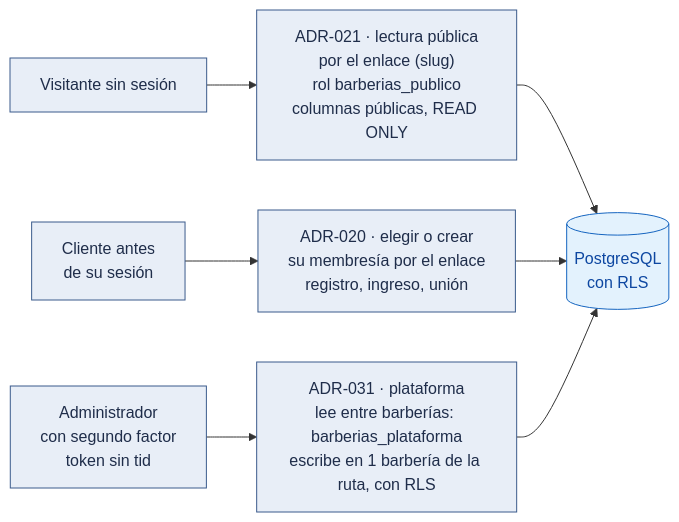
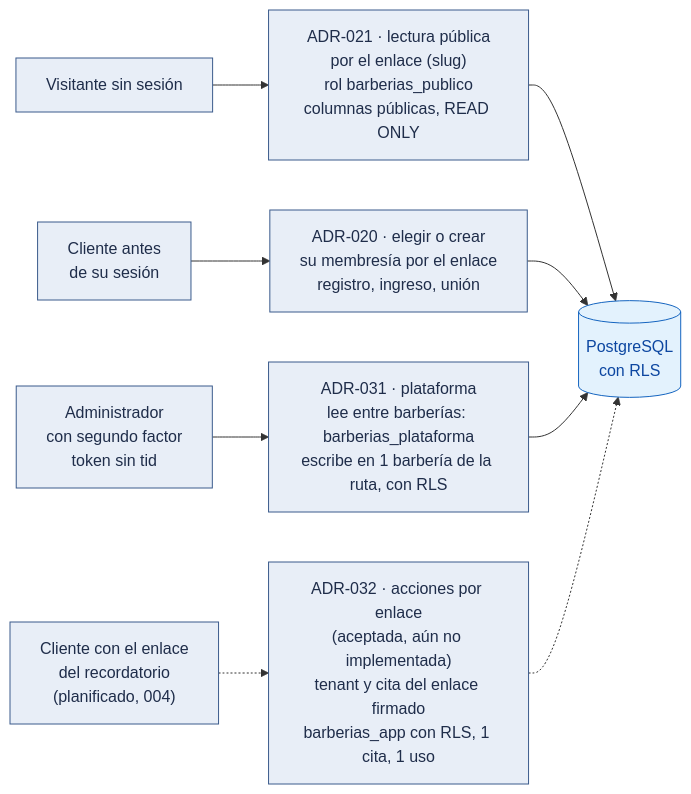
One commit to semcham/proyecto-final-barberia-ayacucho changed the third of 7 diagrams in docs/02-arquitectura-software/multi-tenancy-y-datos.md. Above: the diagram before and after it, drawn with Mermaid. The commit also changed other lines of this file and 22 other files, not shown here.

````diff
--- a/docs/02-arquitectura-software/multi-tenancy-y-datos.md
+++ b/docs/02-arquitectura-software/multi-tenancy-y-datos.md
@@ -109,21 +109,27 @@
 ```mermaid
 flowchart LR
     V["Visitante sin sesión"]
     CL["Cliente antes<br/>de su sesión"]
     AD["Administrador<br/>con segundo factor<br/>token sin tid"]
     E1["ADR-021 · lectura pública<br/>por el enlace (slug)<br/>rol barberias_publico<br/>columnas públicas, READ ONLY"]
     E2["ADR-020 · elegir o crear<br/>su membresía por el enlace<br/>registro, ingreso, unión"]
     E3["ADR-031 · plataforma<br/>lee entre barberías: barberias_plataforma<br/>escribe en 1 barbería de la ruta, con RLS"]
+    CE["Cliente con el enlace<br/>del recordatorio<br/>(planificado, 004)"]
+    E4["ADR-032 · acciones por enlace<br/>(aceptada, aún no implementada)<br/>tenant y cita del enlace firmado<br/>barberias_app con RLS, 1 cita, 1 uso"]
     BD[("PostgreSQL<br/>con RLS")]
     V --> E1
     CL --> E2
     AD --> E3
+    CE -.-> E4
     E1 --> BD
     E2 --> BD
     E3 --> BD
+    E4 -.-> BD
 
     classDef implementado fill:#e8eef7,stroke:#3b5b8c,color:#1f2d4a
+    classDef planificado fill:#e8eef7,stroke:#3b5b8c,color:#1f2d4a
     classDef datos fill:#e3f2fd,stroke:#1565c0,color:#0d47a1
     class V,CL,AD,E1,E2,E3 implementado
+    class CE,E4 planificado
     class BD datos
 ```
````
